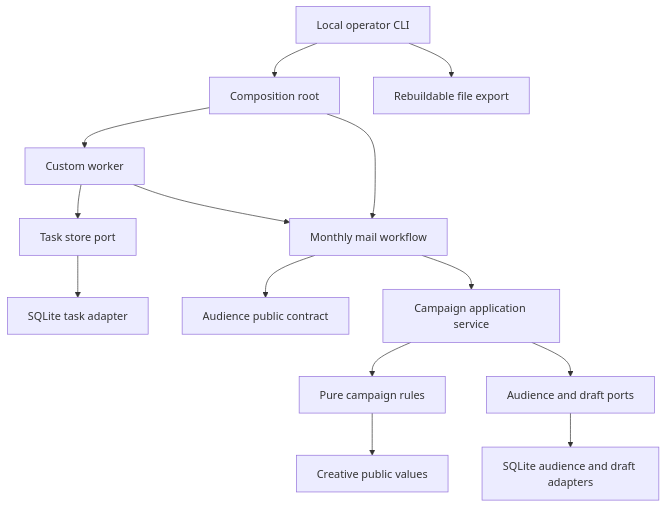
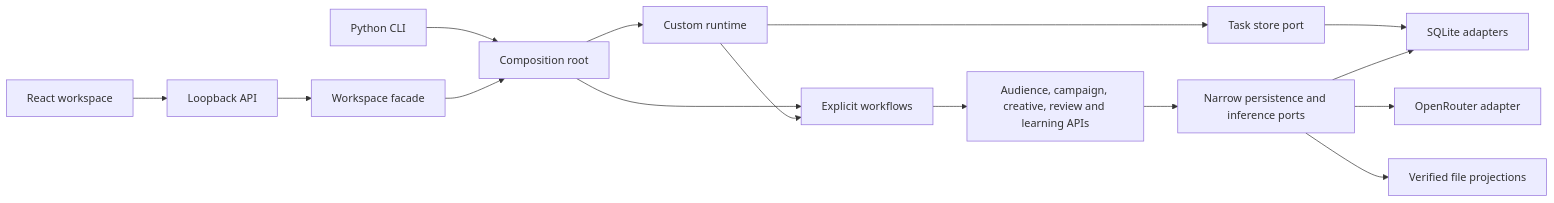
Before and after one commit to DG-creative-lab/direct-acquisition-agent: the diagram in docs/architecture.md, drawn with Mermaid. The commit also changed other lines of this file and 15 other files, not shown here.

````diff
--- a/docs/architecture.md
+++ b/docs/architecture.md
@@ -48,16 +9,17 @@
 ```mermaid
-flowchart TD
-    CLI[Local operator CLI] --> ROOT[Composition root]
-    ROOT --> WORKFLOW[Monthly mail workflow]
-    ROOT --> WORKER[Custom worker]
-    WORKER --> PORT[Task store port]
-    PORT --> SQL[SQLite task adapter]
-    WORKER --> WORKFLOW
-    WORKFLOW --> AUD[Audience public contract]
-    WORKFLOW --> CAM[Campaign application service]
-    CAM --> RULES[Pure campaign rules]
-    RULES --> CREATIVE[Creative public values]
-    CAM --> DATA[Audience and draft ports]
-    DATA --> DB[SQLite audience and draft adapters]
-    CLI --> EXPORT[Rebuildable file export]
+flowchart LR
+    UI[React workspace] --> HTTP[Loopback API]
+    HTTP --> FACADE[Workspace facade]
+    CLI[Python CLI] --> ROOT[Composition root]
+    FACADE --> ROOT
+    ROOT --> WF[Explicit workflows]
+    ROOT --> RT[Custom runtime]
+    RT --> TASKS[Task store port]
+    RT --> WF
+    WF --> MODULES[Audience, campaign, creative, review and learning APIs]
+    MODULES --> PORTS[Narrow persistence and inference ports]
+    TASKS --> SQL[SQLite adapters]
+    PORTS --> SQL
+    PORTS --> OR[OpenRouter adapter]
+    PORTS --> FILES[Verified file projections]
 ```
````
